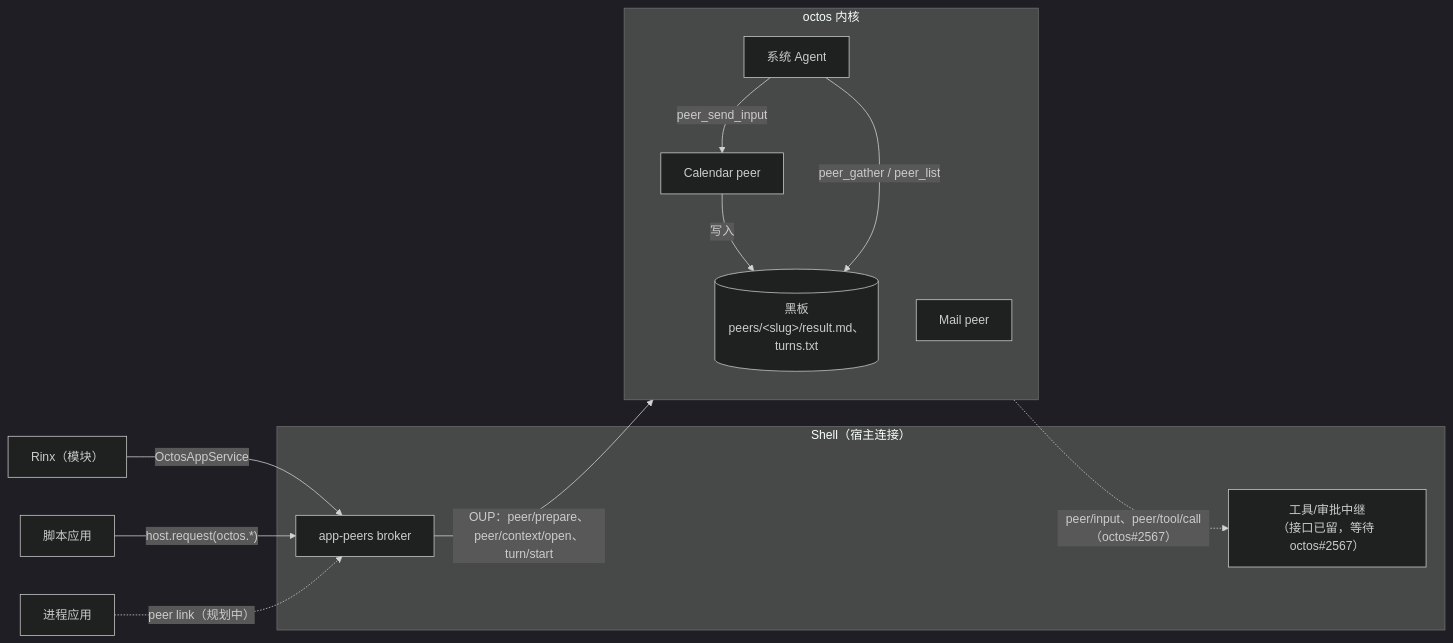
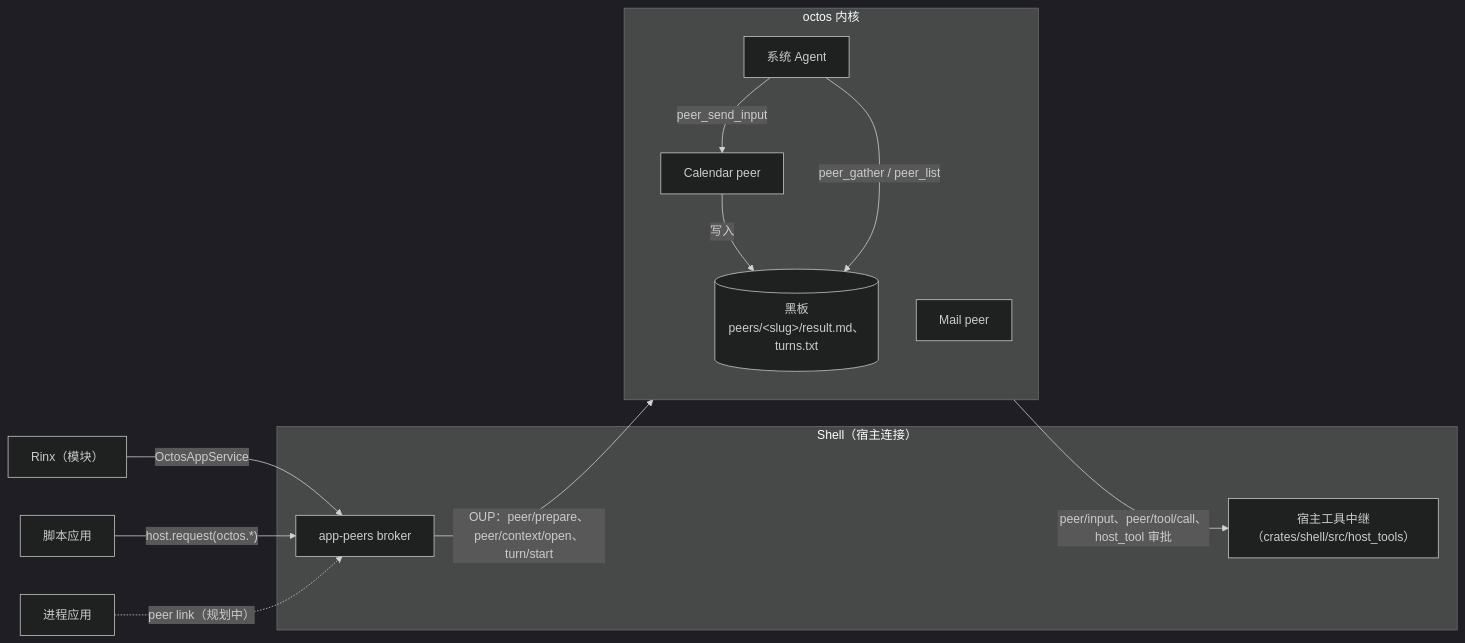
One commit to OctoSense-org/OctoSense changed the third of 5 diagrams in docs/architecture.zh-CN.md. Above: the diagram before and after it, drawn with Mermaid (dark theme). The commit also changed other lines of this file and 7 other files, not shown here.

First line of the commit message:
docs: octos#2567's shell side on main: host tools, peer/input, the system session's terminal.run [skip ci]

````diff
--- a/docs/architecture.zh-CN.md
+++ b/docs/architecture.zh-CN.md
@@ -193,21 +193,21 @@
 ```mermaid
 flowchart LR
   subgraph shell["Shell（宿主连接）"]
     broker["app-peers broker"]
-    relay["工具/审批中继<br/>（接口已留，等待 octos#2567）"]
+    relay["宿主工具中继<br/>（crates/shell/src/host_tools）"]
   end
   subgraph kernel["octos 内核"]
     sys["系统 Agent"]
     p1["Calendar peer"]
     p2["Mail peer"]
     bb[("黑板<br/>peers/&lt;slug&gt;/result.md、turns.txt")]
   end
   rinx["Rinx（模块）"] -- "OctosAppService" --> broker
   card["脚本应用"] -- "host.request(octos.*)" --> broker
   proc["进程应用"] -. "peer link（规划中）" .-> broker
   broker -- "OUP：peer/prepare、peer/context/open、turn/start" --> kernel
   sys -- "peer_send_input" --> p1
   p1 -- "写入" --> bb
   sys -- "peer_gather / peer_list" --> bb
-  kernel -. "peer/input、peer/tool/call（octos#2567）" .-> relay
+  kernel -- "peer/input、peer/tool/call、host_tool 审批" --> relay
 ```
````
